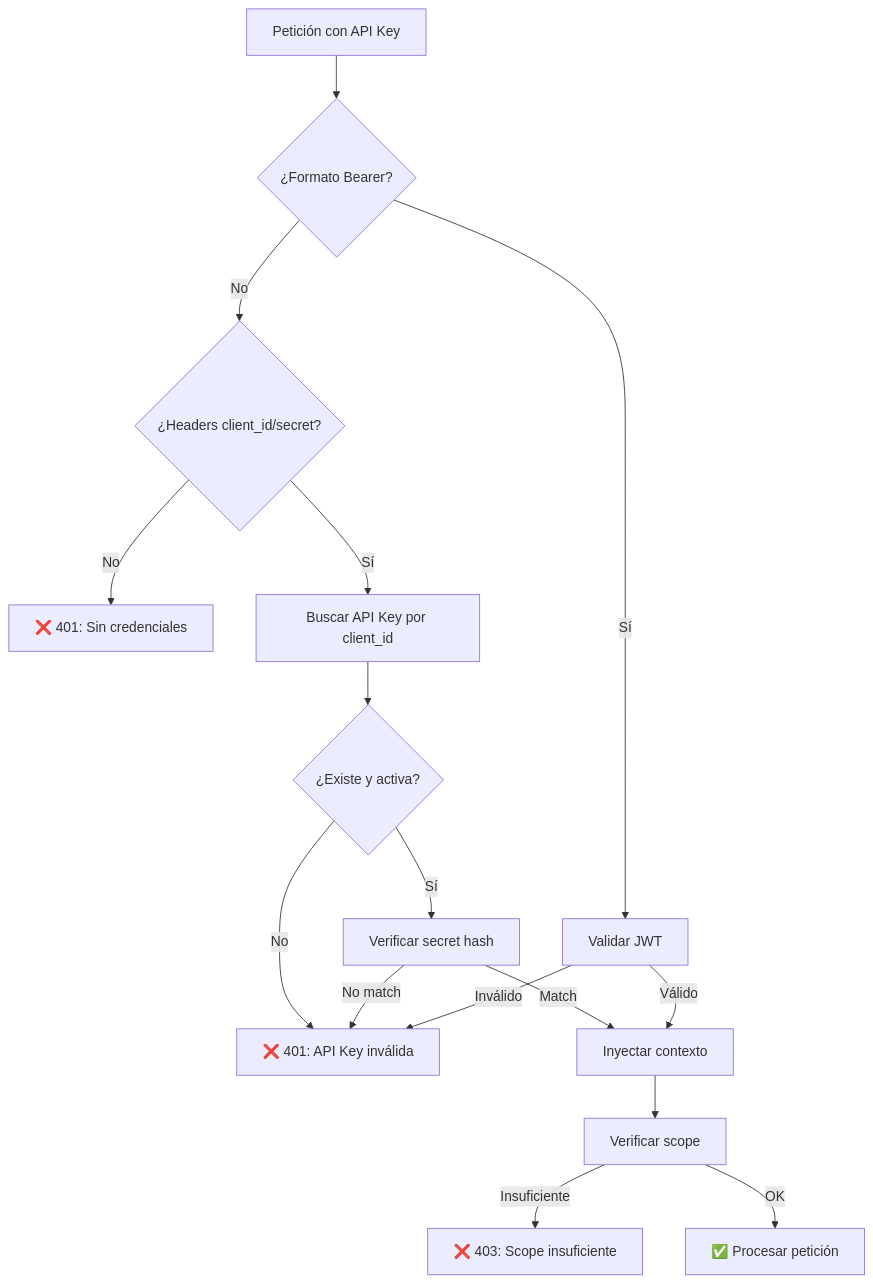
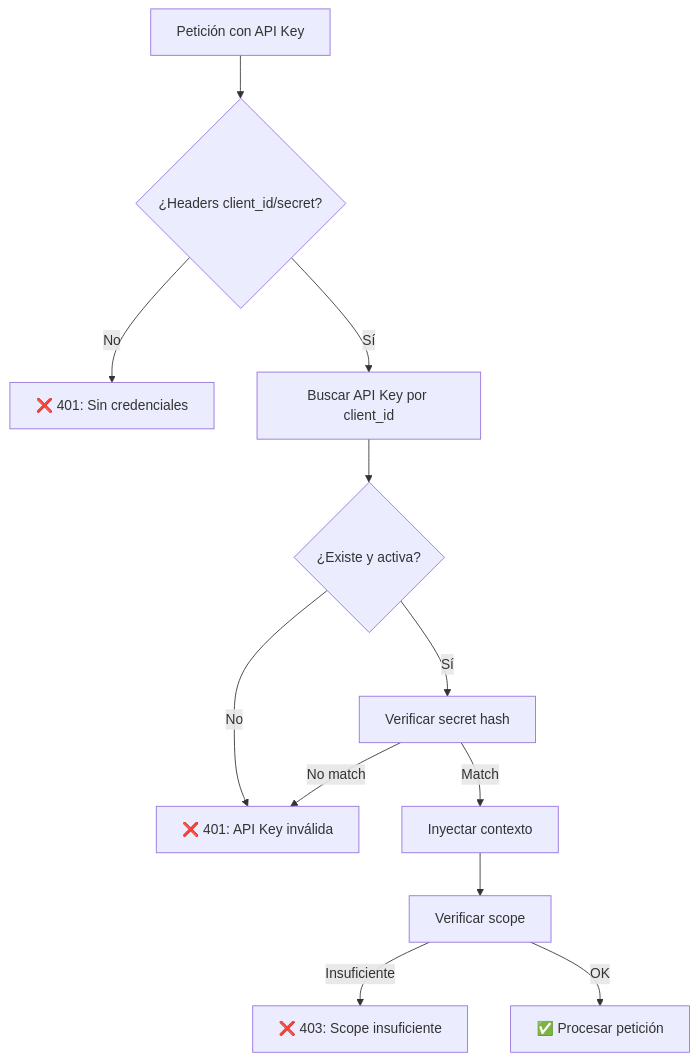
The third of 4 diagrams in docs/flujos/05-api-keys.md (msaavedra1985/EC.DATA-API-V2), drawn with Mermaid before and after one commit. The commit also changed other lines of this file and 2 other files, not shown here.

````diff
--- a/docs/flujos/05-api-keys.md
+++ b/docs/flujos/05-api-keys.md
@@ -161,18 +149,14 @@
 ```mermaid
 flowchart TD
-    A[Petición con API Key] --> B{¿Formato Bearer?}
-    B -->|Sí| C[Validar JWT]
-    B -->|No| D{¿Headers client_id/secret?}
-    D -->|No| E[❌ 401: Sin credenciales]
-    D -->|Sí| F[Buscar API Key por client_id]
-    F --> G{¿Existe y activa?}
-    G -->|No| H[❌ 401: API Key inválida]
-    G -->|Sí| I[Verificar secret hash]
-    I -->|No match| H
-    I -->|Match| J[Inyectar contexto]
-    C -->|Inválido| H
-    C -->|Válido| J
-    J --> K[Verificar scope]
-    K -->|Insuficiente| L[❌ 403: Scope insuficiente]
-    K -->|OK| M[✅ Procesar petición]
+    A[Petición con API Key] --> B{¿Headers client_id/secret?}
+    B -->|No| C[❌ 401: Sin credenciales]
+    B -->|Sí| D[Buscar API Key por client_id]
+    D --> E{¿Existe y activa?}
+    E -->|No| F[❌ 401: API Key inválida]
+    E -->|Sí| G[Verificar secret hash]
+    G -->|No match| F
+    G -->|Match| H[Inyectar contexto]
+    H --> I[Verificar scope]
+    I -->|Insuficiente| J[❌ 403: Scope insuficiente]
+    I -->|OK| K[✅ Procesar petición]
 ```
````
